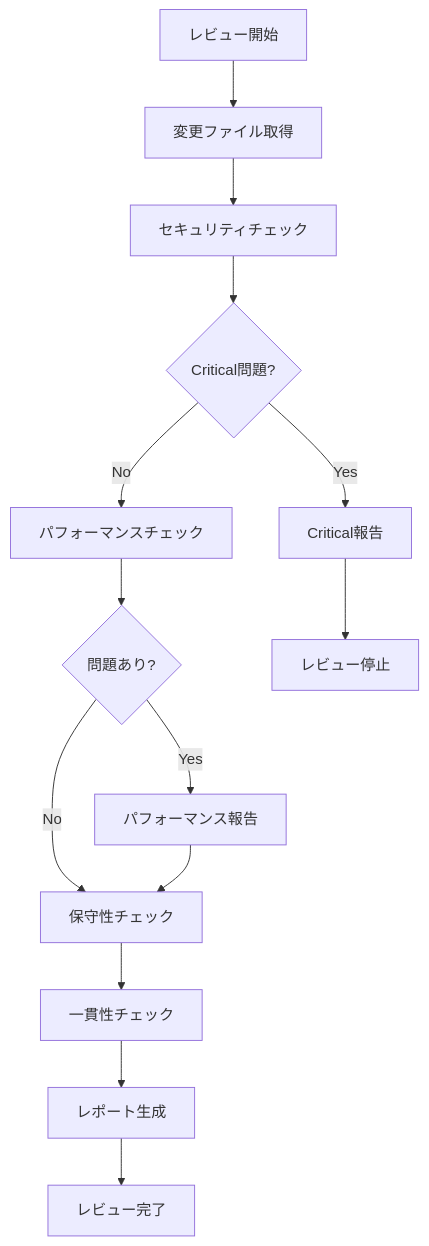
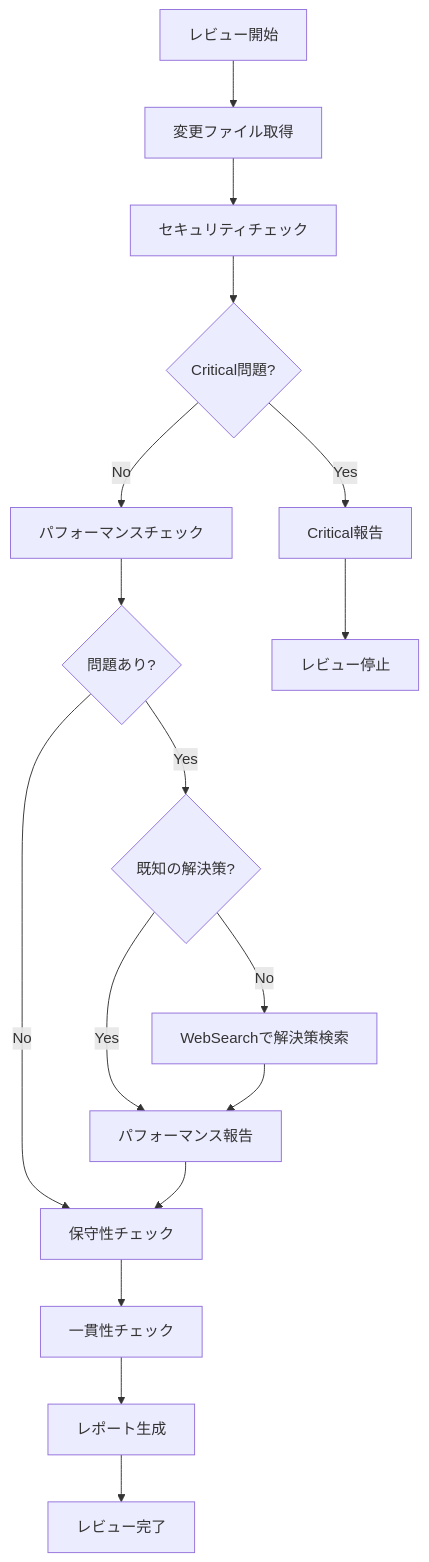
The diagram in .claude/agents/code-reviewer.md (knishioka/simple-bookkeeping), drawn with Mermaid before and after one commit. The commit also changed other lines of this file and 7 other files, not shown here.

First line of the commit message:
feat: enhance resolve-gh-issue workflow with WebSearch integration (#339) (#340)

````diff
--- a/.claude/agents/code-reviewer.md
+++ b/.claude/agents/code-reviewer.md
@@ -68,20 +100,23 @@
 ```mermaid
 graph TD
     Start[レビュー開始] --> GetChanges[変更ファイル取得]
     GetChanges --> SecurityCheck[セキュリティチェック]
 
     SecurityCheck --> SecurityIssue{Critical問題?}
     SecurityIssue -->|Yes| ReportCritical[Critical報告]
     SecurityIssue -->|No| PerfCheck[パフォーマンスチェック]
 
     PerfCheck --> PerfIssue{問題あり?}
-    PerfIssue -->|Yes| ReportPerf[パフォーマンス報告]
+    PerfIssue -->|Yes| CheckKnownSolution{既知の解決策?}
+    CheckKnownSolution -->|No| WebSearchFix[WebSearchで解決策検索]
+    CheckKnownSolution -->|Yes| ReportPerf[パフォーマンス報告]
+    WebSearchFix --> ReportPerf
     PerfIssue -->|No| MaintCheck[保守性チェック]
 
     MaintCheck --> ConsistCheck[一貫性チェック]
     ConsistCheck --> GenerateReport[レポート生成]
 
     ReportCritical --> StopReview[レビュー停止]
     ReportPerf --> MaintCheck
     GenerateReport --> Complete[レビュー完了]
 ```
````
